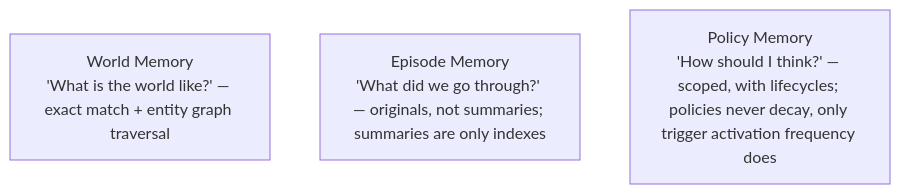
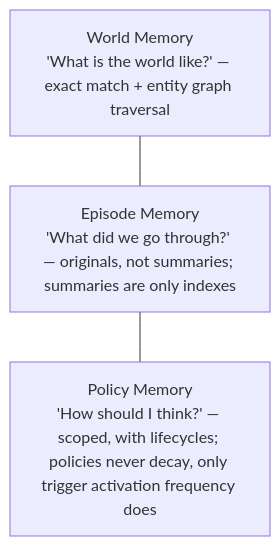
The second of 3 diagrams in README.en.md (MattSureham/memoryd), drawn with Mermaid before and after one commit. The commit also changed other lines of this file and 1 other file, not shown here.

First line of the commit message:
docs: fix mermaid layout issues found in visual review

````diff
--- a/README.en.md
+++ b/README.en.md
@@ -29,6 +29,7 @@
 ```mermaid
 flowchart TB
     W["World Memory<br/>'What is the world like?' — exact match + entity graph traversal"]
     E["Episode Memory<br/>'What did we go through?' — originals, not summaries; summaries are only indexes"]
     P["Policy Memory<br/>'How should I think?' — scoped, with lifecycles; policies never decay, only trigger activation frequency does"]
+    W --- E --- P
 ```
````
